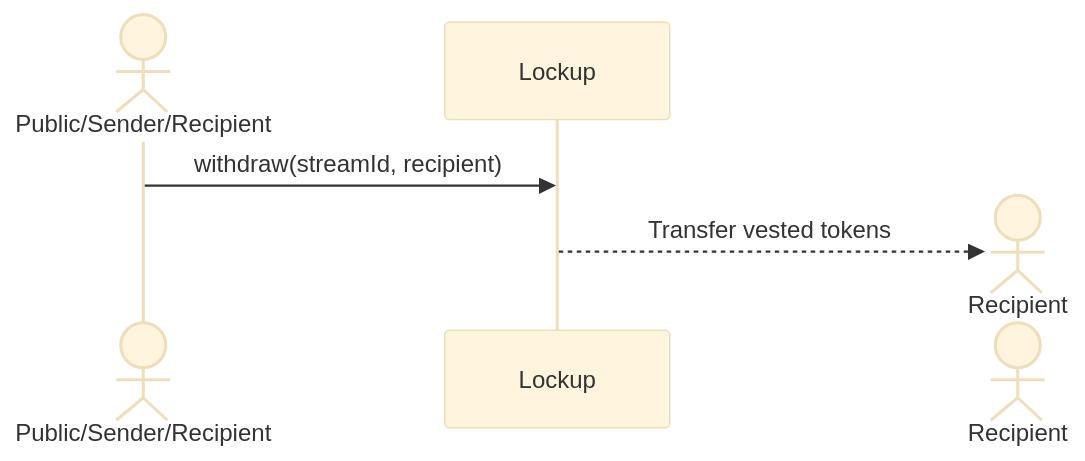
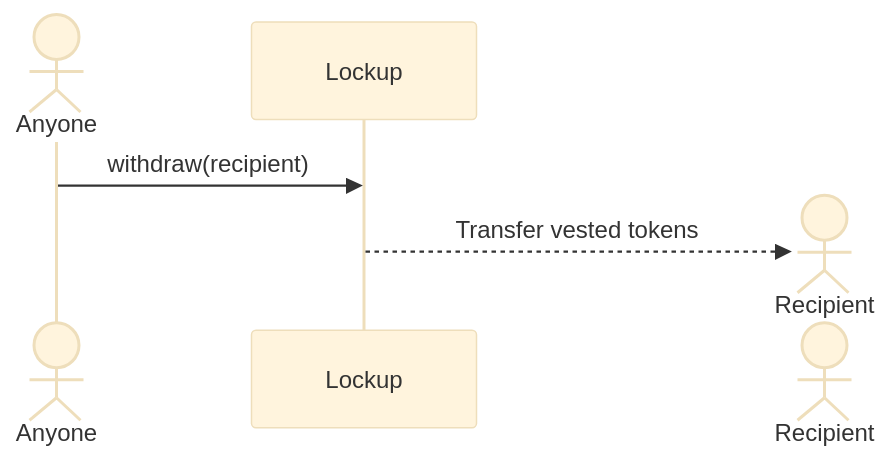
Before and after one commit to sablier-labs/docs: diagram 11 of 11 in docs/reference/lockup/04-access-control.md, drawn with Mermaid (base theme). The commit also changed other lines of this file and 3 other files, not shown here.

Commit message:
removes streamId from sequence diagrams categorizes diagrams in Flow access control simplifies diagrams in Lockup access control defines ongoing debt in Flow overview fixes definition of snapshot debt in Flow overview adds abbreviations in Flow diagrams

````diff
--- a/docs/reference/lockup/04-access-control.md
+++ b/docs/reference/lockup/04-access-control.md
@@ -172,8 +170,8 @@
 ```mermaid
 sequenceDiagram
-  actor Public/Sender/Recipient
+  actor Anyone
 
-  Public/Sender/Recipient ->> Lockup: withdraw(streamId, recipient)
+  Anyone ->> Lockup: withdraw(recipient)
   Create actor Recipient
   Lockup -->> Recipient: Transfer vested tokens
 ```
````
